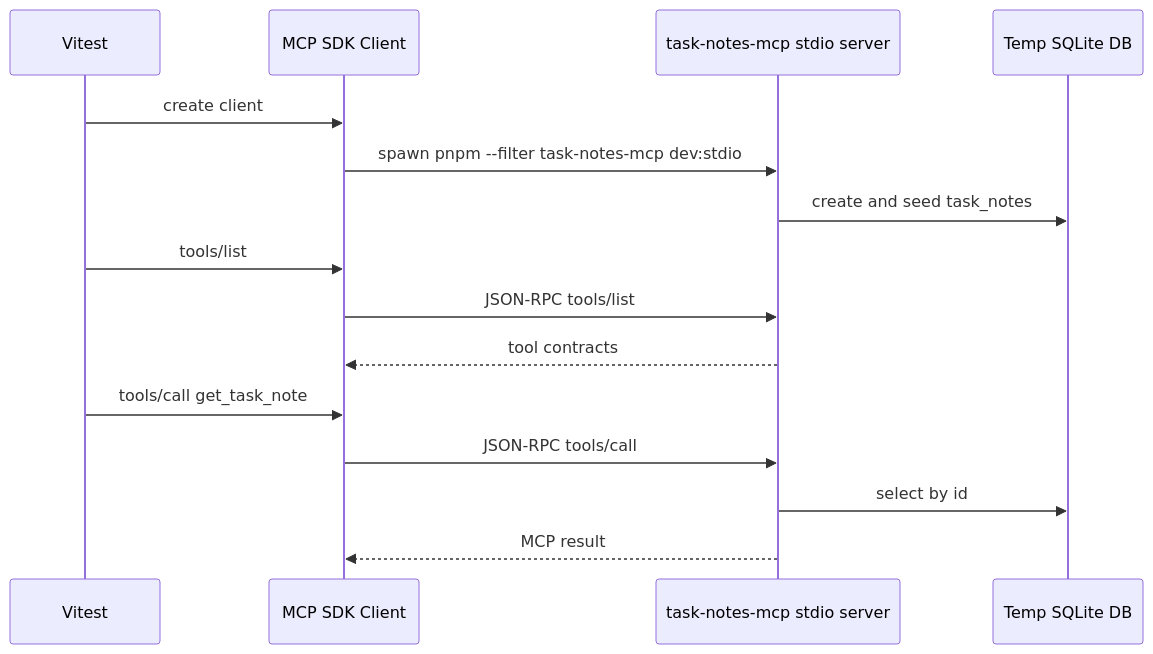
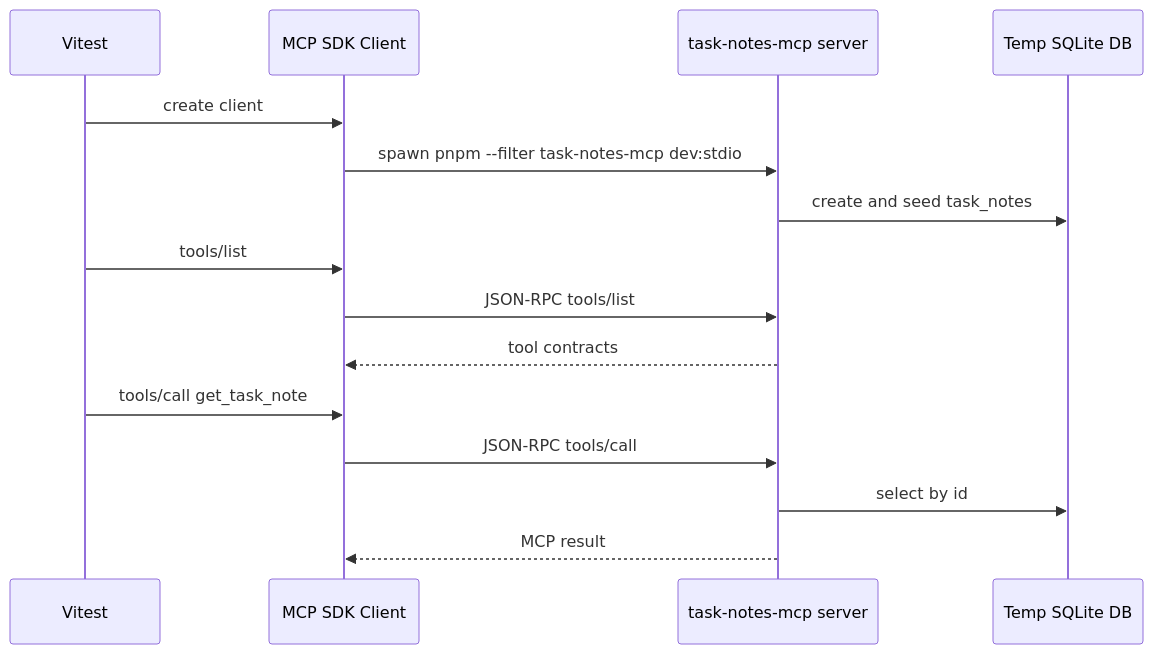
One commit to kenfdev/mcp-handson changed the diagram in docs/testing.md. Above: the diagram before and after it, drawn with Mermaid. The commit also changed other lines of this file and 3 other files, not shown here.

````diff
--- a/docs/testing.md
+++ b/docs/testing.md
@@ -9,18 +9,18 @@
 ```mermaid
 sequenceDiagram
   participant Test as Vitest
   participant Client as MCP SDK Client
-  participant Server as task-notes-mcp stdio server
+  participant Server as task-notes-mcp server
   participant DB as Temp SQLite DB
 
   Test->>Client: create client
   Client->>Server: spawn pnpm --filter task-notes-mcp dev:stdio
   Server->>DB: create and seed task_notes
   Test->>Client: tools/list
   Client->>Server: JSON-RPC tools/list
   Server-->>Client: tool contracts
   Test->>Client: tools/call get_task_note
   Client->>Server: JSON-RPC tools/call
   Server->>DB: select by id
   Server-->>Client: MCP result
 ```
````
